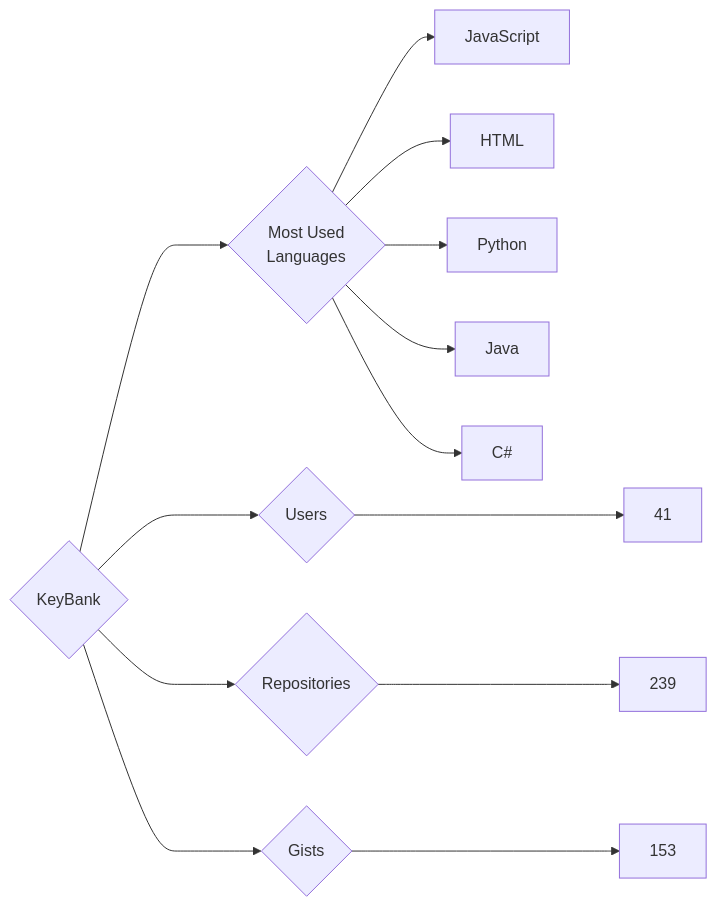
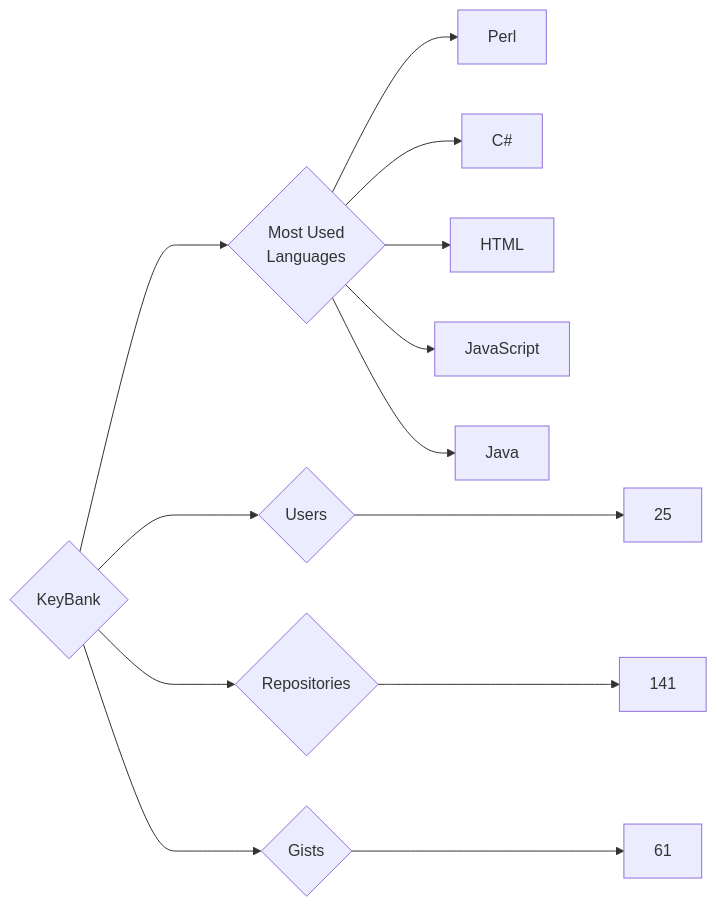
Before and after one commit to trickest/insiders: the diagram in targets/KeyBank/README.md, drawn with Mermaid. The commit also changed 657 other files, not shown here.

````diff
--- a/targets/KeyBank/README.md
+++ b/targets/KeyBank/README.md
@@ -3,13 +3,13 @@
 ```mermaid
 graph LR
 COMPANY_NAME{KeyBank}
-COMPANY_NAME ---> U{Users} ---> UN[41]
-COMPANY_NAME ---> R{Repositories} ---> RN[239]
-COMPANY_NAME ---> G{Gists} ---> GN[153]
+COMPANY_NAME ---> U{Users} ---> UN[25]
+COMPANY_NAME ---> R{Repositories} ---> RN[141]
+COMPANY_NAME ---> G{Gists} ---> GN[61]
 COMPANY_NAME ---> ML{Most Used<br>Languages}
+ML --> Perl[Perl]
+ML --> C#[C#]
+ML --> HTML[HTML]
 ML --> JavaScript[JavaScript]
-ML --> HTML[HTML]
-ML --> Python[Python]
 ML --> Java[Java]
-ML --> C#[C#]
 ```
````
